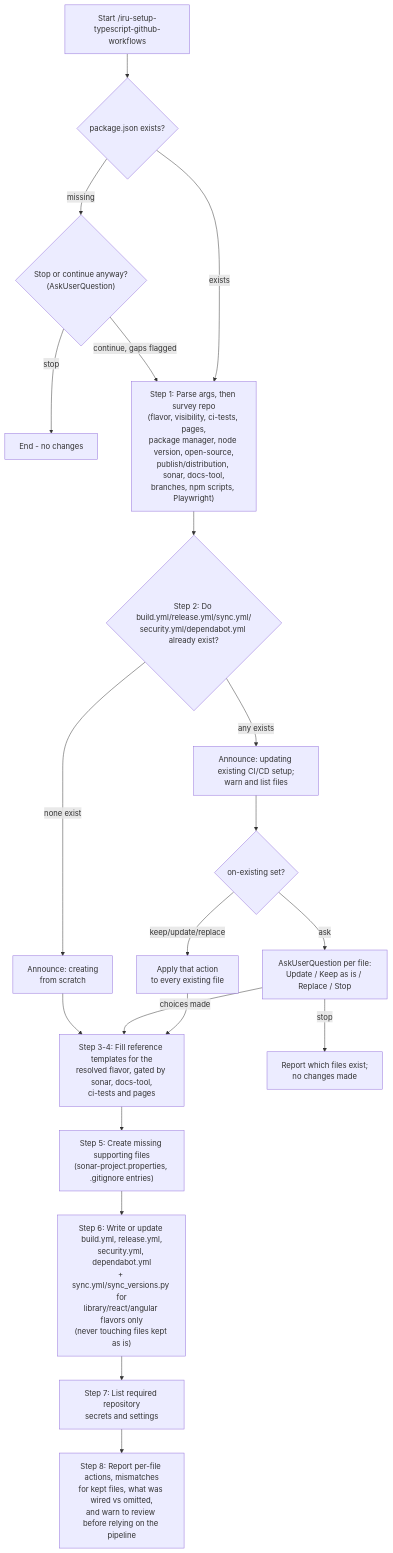
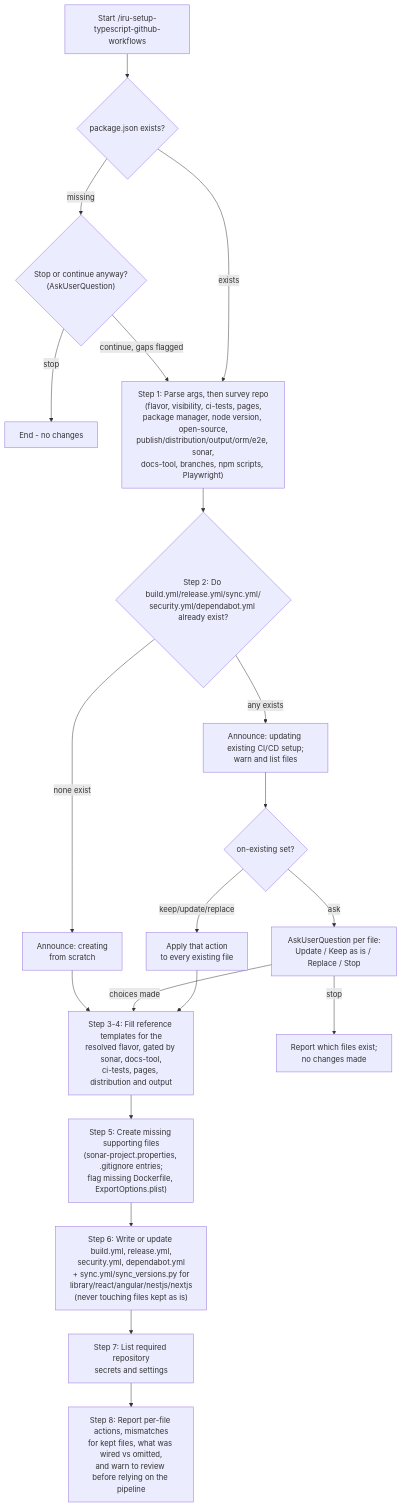
The diagram in docs/modules/ROOT/pages/skills/iru-setup-typescript-github-workflows.adoc (albertoirurueta/ai-catalog), drawn with Mermaid before and after one commit. The commit also changed other lines of this file and 234 other files, not shown here.

```diff
--- a/docs/modules/ROOT/pages/skills/iru-setup-typescript-github-workflows.adoc
+++ b/docs/modules/ROOT/pages/skills/iru-setup-typescript-github-workflows.adoc
@@ -115,23 +122,23 @@
 [mermaid]
 ....
 flowchart TD
-    A[Start /iru-setup-typescript-github-workflows] --> A2{"package.json exists?"}
+    A["Start /iru-setup-typescript-github-workflows"] --> A2{"package.json exists?"}
     A2 -- missing --> A3{"Stop or continue anyway?\n(AskUserQuestion)"}
     A3 -- stop --> Z1["End - no changes"]
     A3 -- continue, gaps flagged --> B
-    A2 -- exists --> B["Step 1: Parse args, then survey repo\n(flavor, visibility, ci-tests, pages,\npackage manager, node version, open-source,\npublish/distribution, sonar, docs-tool,\nbranches, npm scripts, Playwright)"]
+    A2 -- exists --> B["Step 1: Parse args, then survey repo\n(flavor, visibility, ci-tests, pages,\npackage manager, node version, open-source,\npublish/distribution/output/orm/e2e, sonar,\ndocs-tool, branches, npm scripts, Playwright)"]
     B --> C{"Step 2: Do build.yml/release.yml/sync.yml/\nsecurity.yml/dependabot.yml already exist?"}
     C -- none exist --> C1["Announce: creating\nfrom scratch"]
     C1 --> E
     C -- any exists --> C2["Announce: updating existing CI/CD setup;\nwarn and list files"]
     C2 --> D{"on-existing set?"}
     D -- keep/update/replace --> D2["Apply that action\nto every existing file"]
     D -- ask --> D3["AskUserQuestion per file:\nUpdate / Keep as is / Replace / Stop"]
     D3 -- stop --> Z2["Report which files exist;\nno changes made"]
     D3 -- choices made --> E
-    D2 --> E["Step 3-4: Fill reference templates for the\nresolved flavor, gated by sonar, docs-tool,\nci-tests and pages"]
-    E --> F["Step 5: Create missing supporting files\n(sonar-project.properties, .gitignore entries)"]
-    F --> G["Step 6: Write or update build.yml, release.yml,\nsecurity.yml, dependabot.yml\n+ sync.yml/sync_versions.py for\nlibrary/react/angular flavors only\n(never touching files kept as is)"]
+    D2 --> E["Step 3-4: Fill reference templates for the\nresolved flavor, gated by sonar, docs-tool,\nci-tests, pages, distribution and output"]
+    E --> F["Step 5: Create missing supporting files\n(sonar-project.properties, .gitignore entries;\nflag missing Dockerfile, ExportOptions.plist)"]
+    F --> G["Step 6: Write or update build.yml, release.yml,\nsecurity.yml, dependabot.yml\n+ sync.yml/sync_versions.py for\nlibrary/react/angular/nestjs/nextjs\n(never touching files kept as is)"]
     G --> H["Step 7: List required repository\nsecrets and settings"]
     H --> I["Step 8: Report per-file actions, mismatches\nfor kept files, what was wired vs omitted,\nand warn to review before relying on the pipeline"]
 ....
```
